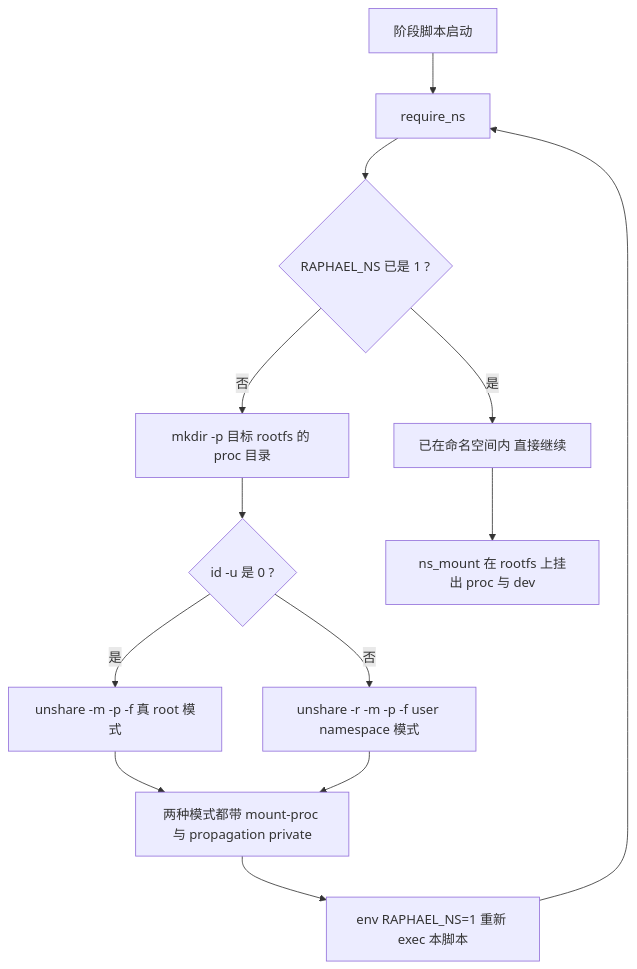
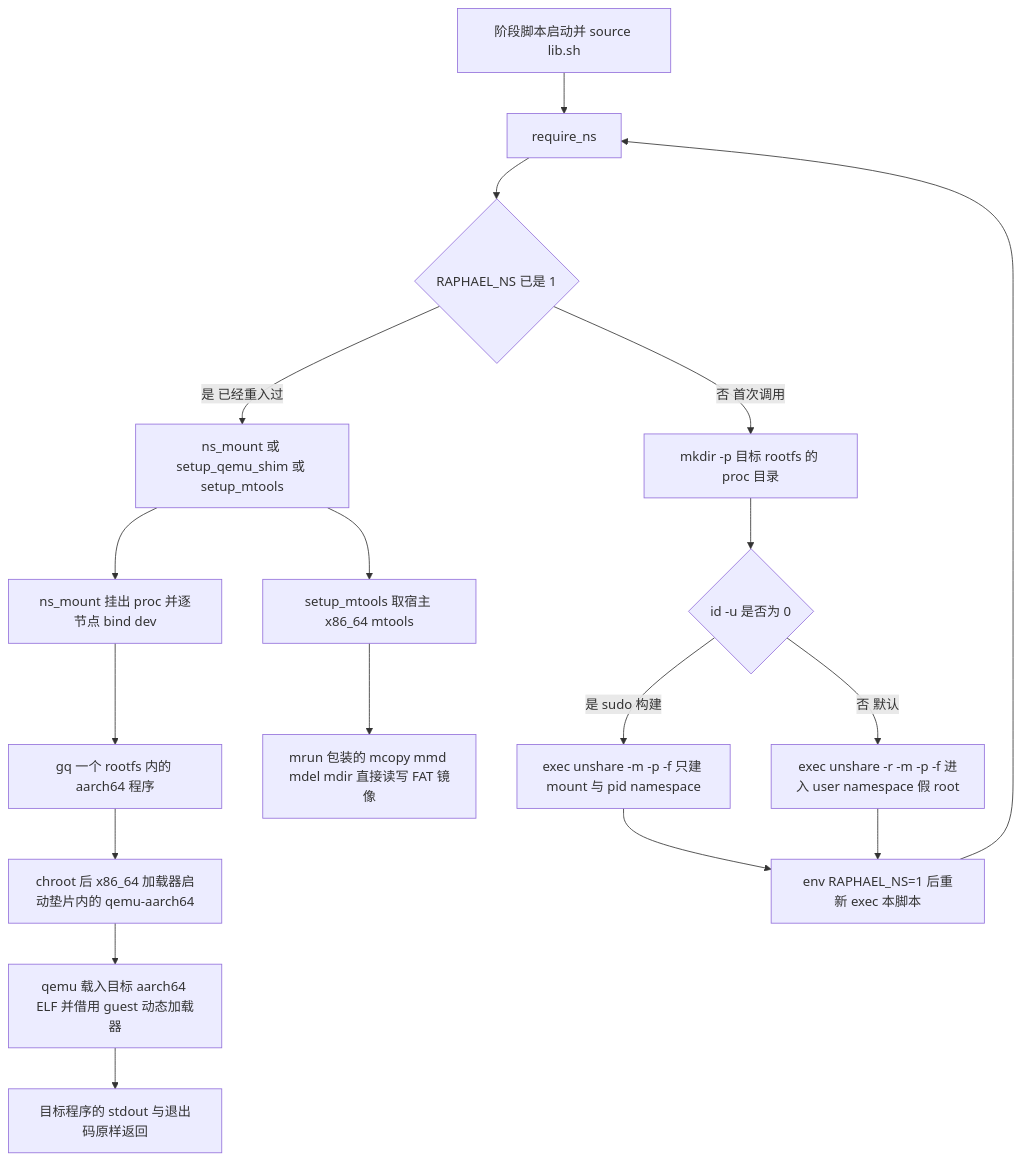
Before and after one commit to Winter21c/archlinux-xiaomi-raphael: the first of 2 diagrams in openwiki/architecture/rootless-build-runtime.md, drawn with Mermaid. The commit also changed other lines of this file and 17 other files, not shown here.

````diff
--- a/openwiki/architecture/rootless-build-runtime.md
+++ b/openwiki/architecture/rootless-build-runtime.md
@@ -67,15 +64,20 @@
 ```mermaid
 flowchart TD
-  A["阶段脚本启动"] --> B["require_ns"]
-  B --> C{"RAPHAEL_NS 已是 1 ?"}
-  C -->|是| F["已在命名空间内 直接继续"]
-  C -->|否| D["mkdir -p 目标 rootfs 的 proc 目录"]
-  D --> E{"id -u 是 0 ?"}
-  E -->|是| G["unshare -m -p -f 真 root 模式"]
-  E -->|否| H["unshare -r -m -p -f user namespace 模式"]
-  G --> I["两种模式都带 mount-proc 与 propagation private"]
-  H --> I
-  I --> J["env RAPHAEL_NS=1 重新 exec 本脚本"]
-  J --> B
-  F --> K["ns_mount 在 rootfs 上挂出 proc 与 dev"]
+  A["阶段脚本启动并 source lib.sh"] --> B["require_ns"]
+  B --> C{"RAPHAEL_NS 已是 1"}
+  C -->|"是 已经重入过"| H["ns_mount 或 setup_qemu_shim 或 setup_mtools"]
+  C -->|"否 首次调用"| D["mkdir -p 目标 rootfs 的 proc 目录"]
+  D --> E{"id -u 是否为 0"}
+  E -->|"是 sudo 构建"| F["exec unshare -m -p -f 只建 mount 与 pid namespace"]
+  E -->|"否 默认"| G["exec unshare -r -m -p -f 进入 user namespace 假 root"]
+  F --> I["env RAPHAEL_NS=1 后重新 exec 本脚本"]
+  G --> I
+  I --> B
+  H --> J["ns_mount 挂出 proc 并逐节点 bind dev"]
+  H --> P["setup_mtools 取宿主 x86_64 mtools"]
+  J --> K["gq 一个 rootfs 内的 aarch64 程序"]
+  K --> L["chroot 后 x86_64 加载器启动垫片内的 qemu-aarch64"]
+  L --> M["qemu 载入目标 aarch64 ELF 并借用 guest 动态加载器"]
+  M --> N["目标程序的 stdout 与退出码原样返回"]
+  P --> O["mrun 包装的 mcopy mmd mdel mdir 直接读写 FAT 镜像"]
 ```
````
